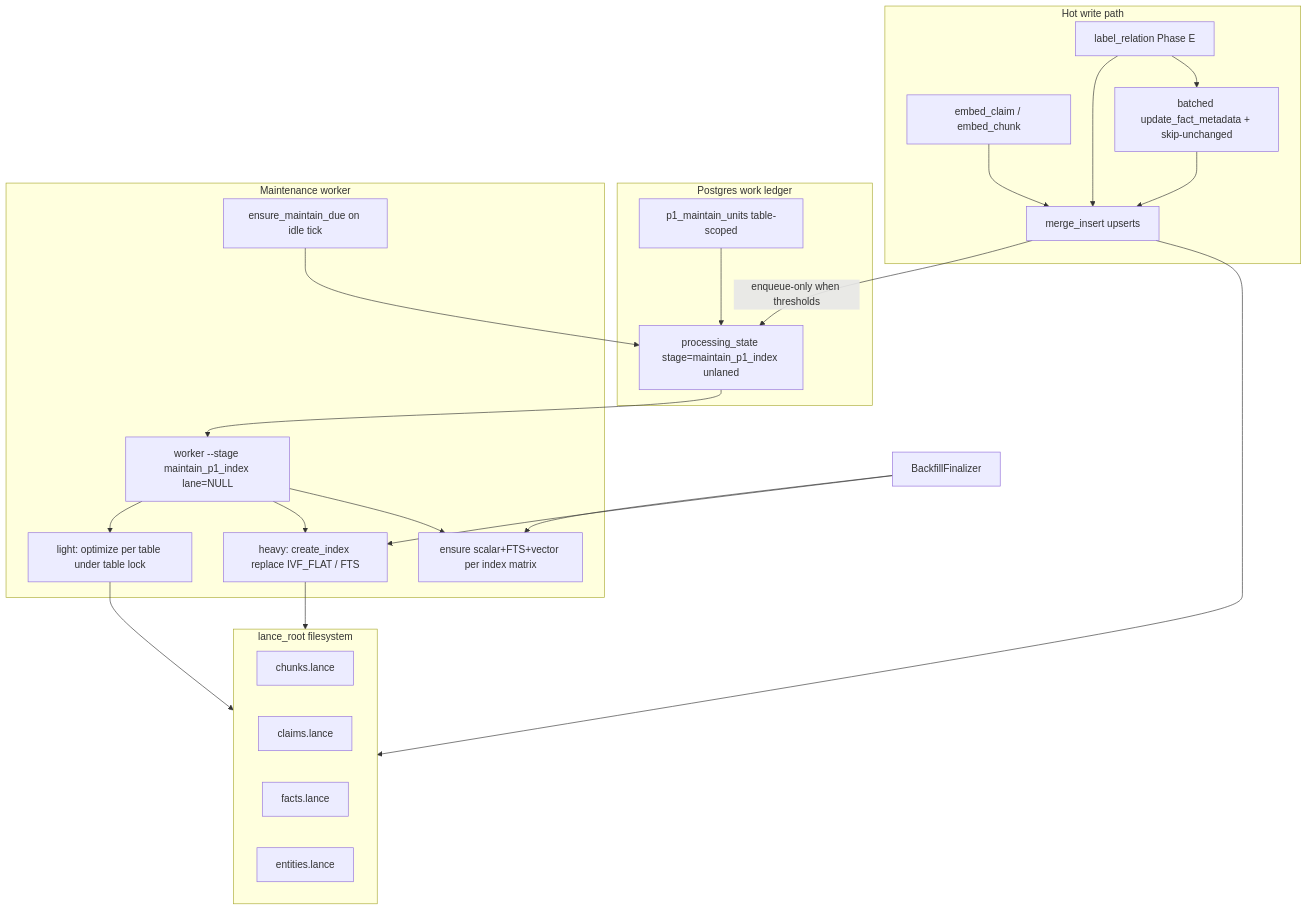
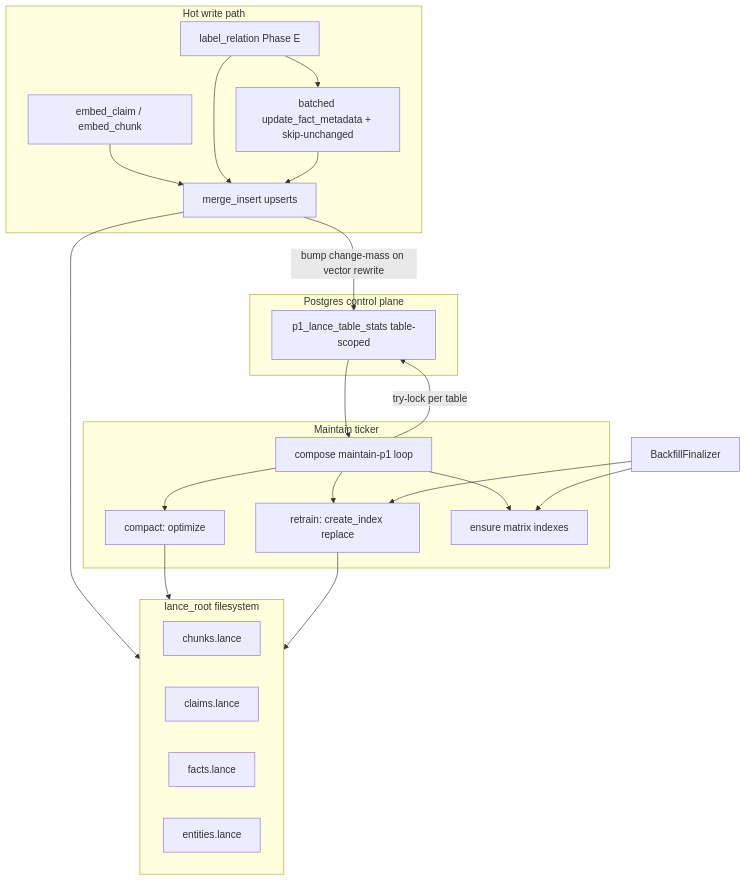
The first of 2 diagrams in plan/designs/p1_lance_maintenance_design.md (writeitai/remember-stack), drawn with Mermaid before and after one commit. The commit also changed other lines of this file and 3 other files, not shown here.

First line of the commit message:
design(p1): D91 ticker — three ops, not three ledger jobs

````diff
--- a/plan/designs/p1_lance_maintenance_design.md
+++ b/plan/designs/p1_lance_maintenance_design.md
@@ -204,45 +196,42 @@
 ```mermaid
 flowchart TB
   subgraph writers [Hot write path]
     EC[embed_claim / embed_chunk]
     LR[label_relation Phase E]
     EC --> UPS[merge_insert upserts]
     LR --> UPS
     LR --> META[batched update_fact_metadata + skip-unchanged]
     META --> UPS
   end
 
-  subgraph ledger [Postgres work ledger]
-    PS[processing_state stage=maintain_p1_index unlaned]
-    U[p1_maintain_units table-scoped]
+  subgraph control [Postgres control plane]
+    ST[p1_lance_table_stats table-scoped]
   end
 
-  subgraph maint [Maintenance worker]
-    SEED[ensure_maintain_due on idle tick]
-    W[worker --stage maintain_p1_index lane=NULL]
-    L[light: optimize per table under table lock]
-    H[heavy: create_index replace IVF_FLAT / FTS]
-    E[ensure scalar+FTS+vector per index matrix]
-    SEED --> PS
-    W --> L
-    W --> H
-    W --> E
+  subgraph maint [Maintain ticker]
+    TICK[compose maintain-p1 loop]
+    L[compact: optimize]
+    H[retrain: create_index replace]
+    E[ensure matrix indexes]
+    TICK --> E
+    TICK --> L
+    TICK --> H
   end
 
-  UPS -->|enqueue-only when thresholds| PS
-  PS --> W
-  U --> PS
+  UPS -->|bump change-mass on vector rewrite| ST
+  ST --> TICK
+  TICK -->|try-lock per table| ST
   BF[BackfillFinalizer] --> E
   BF --> H
 
   subgraph disk [lance_root filesystem]
     T1[chunks.lance]
     T2[claims.lance]
     T3[facts.lance]
     T4[entities.lance]
   end
 
   UPS --> disk
   L --> disk
   H --> disk
 ```
````
